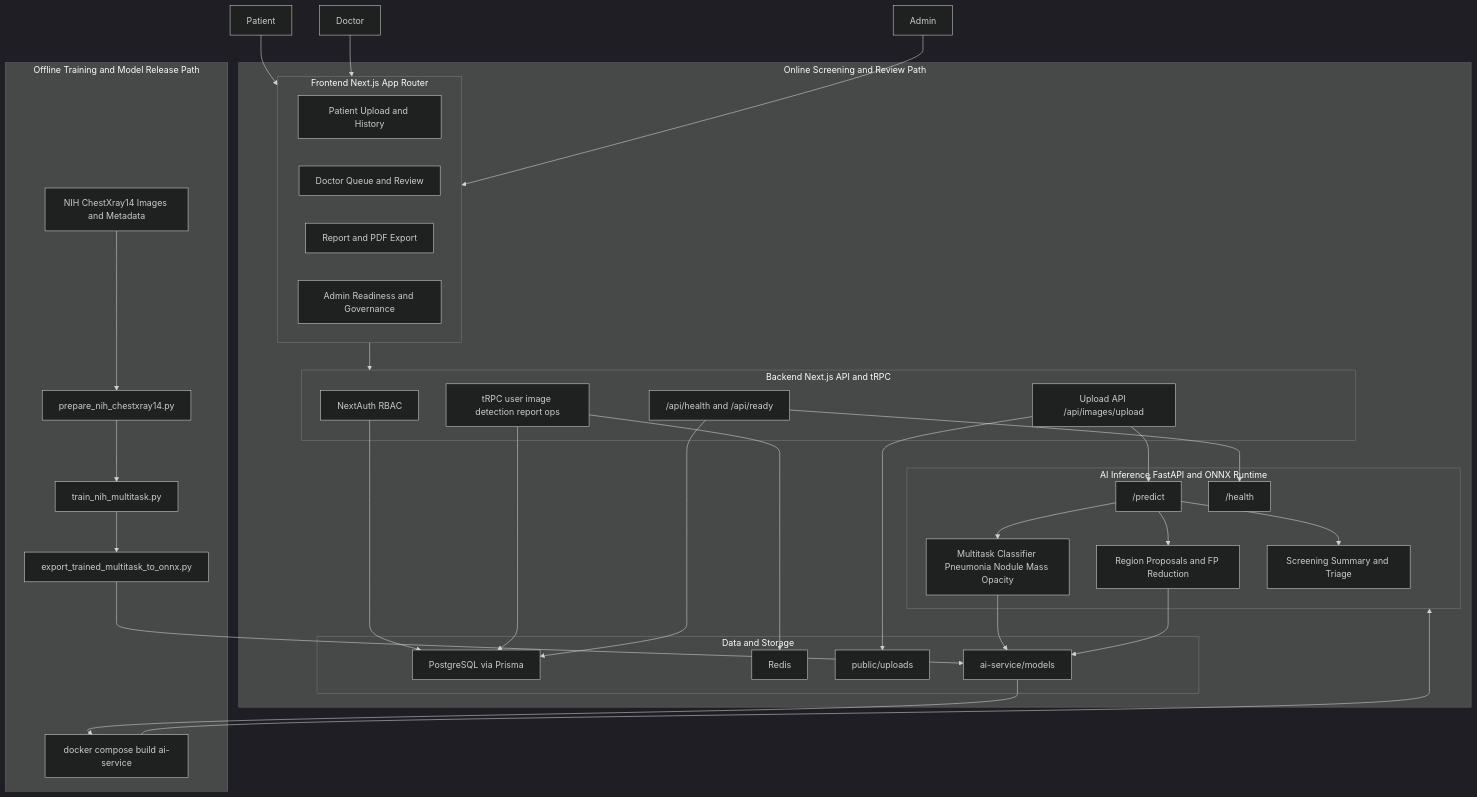
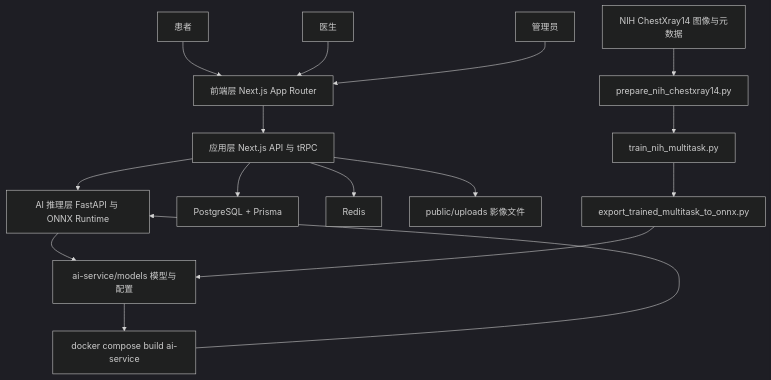
The second of 2 diagrams in README.md (laixinyu/cancer-detection-system), drawn with Mermaid (dark theme) before and after one commit. The commit also changed other lines of this file and 65 other files, not shown here.

Commit message:
docs: convert README to Chinese and simplify architecture diagrams

````diff
--- a/README.md
+++ b/README.md
@@ -56,64 +56,20 @@
 ```mermaid
 flowchart TB
-  U1["Patient"]
-  U2["Doctor"]
-  U3["Admin"]
+  U1[患者] --> FE[前端层 Next.js App Router]
+  U2[医生] --> FE
+  U3[管理员] --> FE
 
-  subgraph OL["Online Screening and Review Path"]
-    subgraph FE["Frontend Next.js App Router"]
-      P1["Patient Upload and History"]
-      P2["Doctor Queue and Review"]
-      P3["Report and PDF Export"]
-      P4["Admin Readiness and Governance"]
-    end
+  FE --> BE[应用层 Next.js API 与 tRPC]
+  BE --> AI[AI 推理层 FastAPI 与 ONNX Runtime]
+  BE --> DB[PostgreSQL + Prisma]
+  BE --> REDIS[Redis]
+  BE --> UPLOADS[public/uploads 影像文件]
+  AI --> MODELS[ai-service/models 模型与配置]
 
-    subgraph BE["Backend Next.js API and tRPC"]
-      A1["NextAuth RBAC"]
-      A2["Upload API /api/images/upload"]
-      A3["tRPC user image detection report ops"]
-      A4["/api/health and /api/ready"]
-    end
-
-    subgraph AI["AI Inference FastAPI and ONNX Runtime"]
-      M0["/predict"]
-      M1["Multitask Classifier Pneumonia Nodule Mass Opacity"]
-      M2["Region Proposals and FP Reduction"]
-      M3["Screening Summary and Triage"]
-      M4["/health"]
-    end
-
-    subgraph DS["Data and Storage"]
-      D1["PostgreSQL via Prisma"]
-      D2["Redis"]
-      F1["public/uploads"]
-      F2["ai-service/models"]
-    end
-  end
-
-  subgraph OFF["Offline Training and Model Release Path"]
-    N1["NIH ChestXray14 Images and Metadata"]
-    N2["prepare_nih_chestxray14.py"]
-    N3["train_nih_multitask.py"]
-    N4["export_trained_multitask_to_onnx.py"]
-    N5["docker compose build ai-service"]
-  end
-
-  U1 --> FE
-  U2 --> FE
-  U3 --> FE
-  FE --> BE
-  A1 --> D1
-  A2 --> F1
-  A2 --> M0
-  A3 --> D1
-  A3 --> D2
-  A4 --> D1
-  A4 --> M4
-  M0 --> M1
-  M0 --> M2
-  M0 --> M3
-  M1 --> F2
-  M2 --> F2
-
-  N1 --> N2 --> N3 --> N4 --> F2 --> N5 --> AI
+  NIH[NIH ChestXray14 图像与元数据] --> PREP[prepare_nih_chestxray14.py]
+  PREP --> TRAIN[train_nih_multitask.py]
+  TRAIN --> EXPORT[export_trained_multitask_to_onnx.py]
+  EXPORT --> MODELS
+  MODELS --> BUILD[docker compose build ai-service]
+  BUILD --> AI
 ```
````
